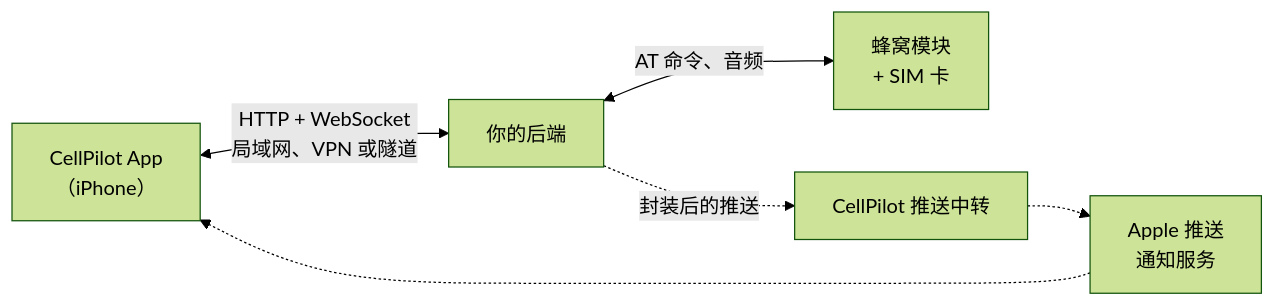
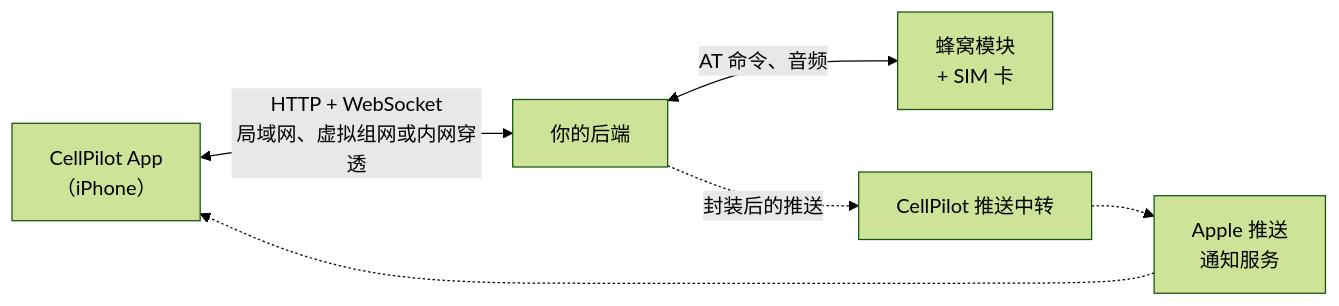
One commit to BotchanGit/cellpilot-api changed the diagram in README.zh-CN.md. Above: the diagram before and after it, drawn with Mermaid (forest theme). The commit also changed other lines of this file and 17 other files, not shown here.

````diff
--- a/README.zh-CN.md
+++ b/README.zh-CN.md
@@ -36,13 +38,13 @@
 ```mermaid
 flowchart LR
     app["CellPilot App<br/>（iPhone）"]
     backend["你的后端"]
     module["蜂窝模块<br/>+ SIM 卡"]
     relay["CellPilot 推送中转"]
     apns["Apple 推送<br/>通知服务"]
 
-    app <-->|"HTTP + WebSocket<br/>局域网、VPN 或隧道"| backend
+    app <-->|"HTTP + WebSocket<br/>局域网、虚拟组网或内网穿透"| backend
     backend <-->|"AT 命令、音频"| module
     backend -.->|"封装后的推送"| relay
     relay -.-> apns -.-> app
 ```
````
